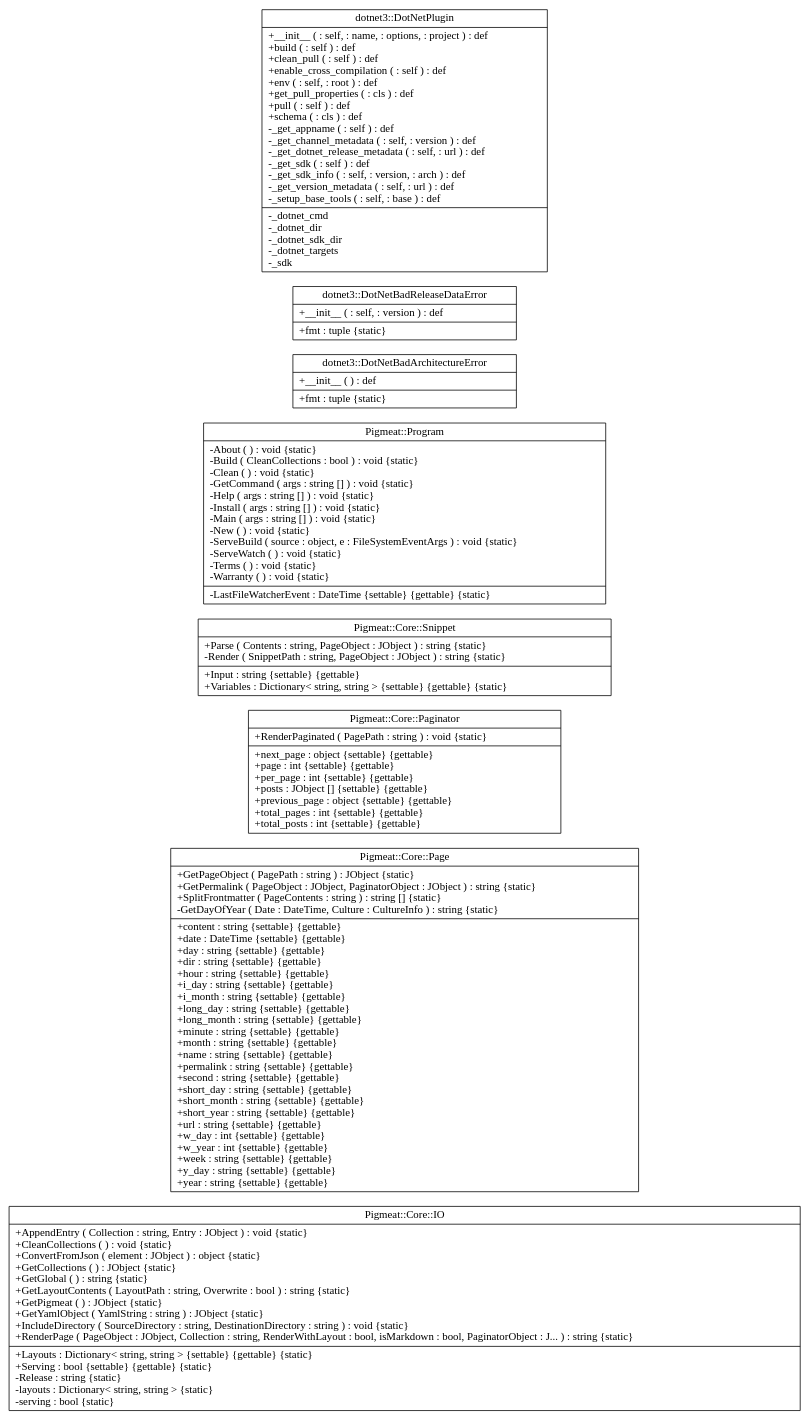
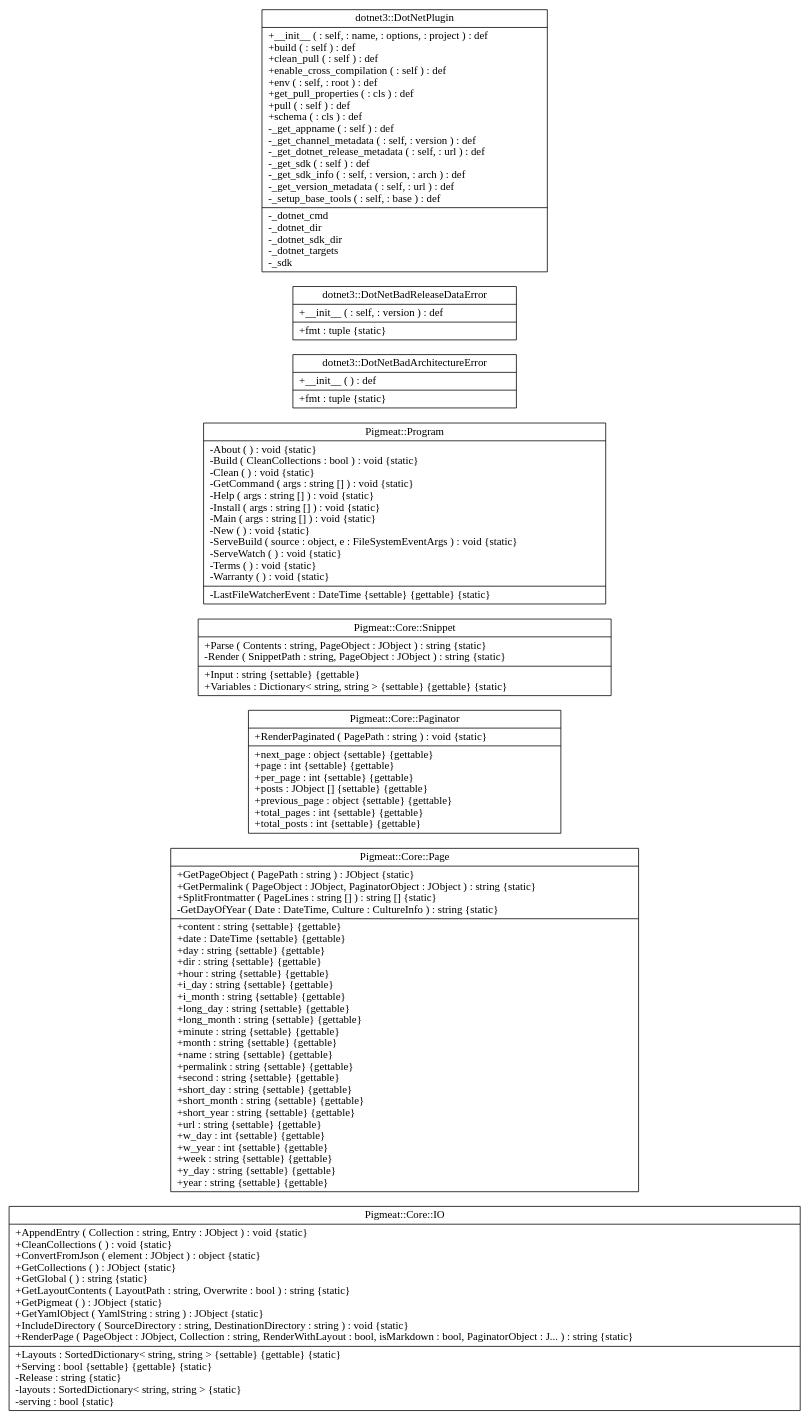
One commit to milovidov983/Pigmeat changed the diagram in diagrams/graph.dot. Above: the diagram before and after it, drawn with Graphviz. The commit also changed 38 other files, not shown here.

```diff
--- a/diagrams/graph.dot
+++ b/diagrams/graph.dot
@@ -1,12 +1,12 @@
 digraph doxygraph
 {
 graph [ rankdir="RL" ]
-"class_pigmeat_1_1_core_1_1_i_o" [ label="Pigmeat::Core::IO\n|+AppendEntry ( Collection : string, Entry : JObject ) : void \{static\}\l+CleanCollections (  ) : void \{static\}\l+ConvertFromJson ( element : JObject ) : object \{static\}\l+GetCollections (  ) : JObject \{static\}\l+GetGlobal (  ) : string \{static\}\l+GetLayoutContents ( LayoutPath : string, Overwrite : bool ) : string \{static\}\l+GetPigmeat (  ) : JObject \{static\}\l+GetYamlObject ( YamlString : string ) : JObject \{static\}\l+IncludeDirectory ( SourceDirectory : string, DestinationDirectory : string ) : void \{static\}\l+RenderPage ( PageObject : JObject, Collection : string, RenderWithLayout : bool, isMarkdown : bool, PaginatorObject : J... ) : string \{static\}\l|+Layouts : Dictionary\< string, string \> \{settable\} \{gettable\} \{static\}\l+Serving : bool \{settable\} \{gettable\} \{static\}\l-Release : string \{static\}\l-layouts : Dictionary\< string, string \> \{static\}\l-serving : bool \{static\}\l" shape="record" ]
-"class_pigmeat_1_1_core_1_1_page" [ label="Pigmeat::Core::Page\n|+GetPageObject ( PagePath : string ) : JObject \{static\}\l+GetPermalink ( PageObject : JObject, PaginatorObject : JObject ) : string \{static\}\l+SplitFrontmatter ( PageContents : string ) : string [] \{static\}\l-GetDayOfYear ( Date : DateTime, Culture : CultureInfo ) : string \{static\}\l|+content : string \{settable\} \{gettable\}\l+date : DateTime \{settable\} \{gettable\}\l+day : string \{settable\} \{gettable\}\l+dir : string \{settable\} \{gettable\}\l+hour : string \{settable\} \{gettable\}\l+i_day : string \{settable\} \{gettable\}\l+i_month : string \{settable\} \{gettable\}\l+long_day : string \{settable\} \{gettable\}\l+long_month : string \{settable\} \{gettable\}\l+minute : string \{settable\} \{gettable\}\l+month : string \{settable\} \{gettable\}\l+name : string \{settable\} \{gettable\}\l+permalink : string \{settable\} \{gettable\}\l+second : string \{settable\} \{gettable\}\l+short_day : string \{settable\} \{gettable\}\l+short_month : string \{settable\} \{gettable\}\l+short_year : string \{settable\} \{gettable\}\l+url : string \{settable\} \{gettable\}\l+w_day : int \{settable\} \{gettable\}\l+w_year : int \{settable\} \{gettable\}\l+week : string \{settable\} \{gettable\}\l+y_day : string \{settable\} \{gettable\}\l+year : string \{settable\} \{gettable\}\l" shape="record" ]
+"class_pigmeat_1_1_core_1_1_i_o" [ label="Pigmeat::Core::IO\n|+AppendEntry ( Collection : string, Entry : JObject ) : void \{static\}\l+CleanCollections (  ) : void \{static\}\l+ConvertFromJson ( element : JObject ) : object \{static\}\l+GetCollections (  ) : JObject \{static\}\l+GetGlobal (  ) : string \{static\}\l+GetLayoutContents ( LayoutPath : string, Overwrite : bool ) : string \{static\}\l+GetPigmeat (  ) : JObject \{static\}\l+GetYamlObject ( YamlString : string ) : JObject \{static\}\l+IncludeDirectory ( SourceDirectory : string, DestinationDirectory : string ) : void \{static\}\l+RenderPage ( PageObject : JObject, Collection : string, RenderWithLayout : bool, isMarkdown : bool, PaginatorObject : J... ) : string \{static\}\l|+Layouts : SortedDictionary\< string, string \> \{settable\} \{gettable\} \{static\}\l+Serving : bool \{settable\} \{gettable\} \{static\}\l-Release : string \{static\}\l-layouts : SortedDictionary\< string, string \> \{static\}\l-serving : bool \{static\}\l" shape="record" ]
+"class_pigmeat_1_1_core_1_1_page" [ label="Pigmeat::Core::Page\n|+GetPageObject ( PagePath : string ) : JObject \{static\}\l+GetPermalink ( PageObject : JObject, PaginatorObject : JObject ) : string \{static\}\l+SplitFrontmatter ( PageLines : string [] ) : string [] \{static\}\l-GetDayOfYear ( Date : DateTime, Culture : CultureInfo ) : string \{static\}\l|+content : string \{settable\} \{gettable\}\l+date : DateTime \{settable\} \{gettable\}\l+day : string \{settable\} \{gettable\}\l+dir : string \{settable\} \{gettable\}\l+hour : string \{settable\} \{gettable\}\l+i_day : string \{settable\} \{gettable\}\l+i_month : string \{settable\} \{gettable\}\l+long_day : string \{settable\} \{gettable\}\l+long_month : string \{settable\} \{gettable\}\l+minute : string \{settable\} \{gettable\}\l+month : string \{settable\} \{gettable\}\l+name : string \{settable\} \{gettable\}\l+permalink : string \{settable\} \{gettable\}\l+second : string \{settable\} \{gettable\}\l+short_day : string \{settable\} \{gettable\}\l+short_month : string \{settable\} \{gettable\}\l+short_year : string \{settable\} \{gettable\}\l+url : string \{settable\} \{gettable\}\l+w_day : int \{settable\} \{gettable\}\l+w_year : int \{settable\} \{gettable\}\l+week : string \{settable\} \{gettable\}\l+y_day : string \{settable\} \{gettable\}\l+year : string \{settable\} \{gettable\}\l" shape="record" ]
 "class_pigmeat_1_1_core_1_1_paginator" [ label="Pigmeat::Core::Paginator\n|+RenderPaginated ( PagePath : string ) : void \{static\}\l|+next_page : object \{settable\} \{gettable\}\l+page : int \{settable\} \{gettable\}\l+per_page : int \{settable\} \{gettable\}\l+posts : JObject [] \{settable\} \{gettable\}\l+previous_page : object \{settable\} \{gettable\}\l+total_pages : int \{settable\} \{gettable\}\l+total_posts : int \{settable\} \{gettable\}\l" shape="record" ]
 "class_pigmeat_1_1_core_1_1_snippet" [ label="Pigmeat::Core::Snippet\n|+Parse ( Contents : string, PageObject : JObject ) : string \{static\}\l-Render ( SnippetPath : string, PageObject : JObject ) : string \{static\}\l|+Input : string \{settable\} \{gettable\}\l+Variables : Dictionary\< string, string \> \{settable\} \{gettable\} \{static\}\l" shape="record" ]
 "class_pigmeat_1_1_program" [ label="Pigmeat::Program\n|-About (  ) : void \{static\}\l-Build ( CleanCollections : bool ) : void \{static\}\l-Clean (  ) : void \{static\}\l-GetCommand ( args : string [] ) : void \{static\}\l-Help ( args : string [] ) : void \{static\}\l-Install ( args : string [] ) : void \{static\}\l-Main ( args : string [] ) : void \{static\}\l-New (  ) : void \{static\}\l-ServeBuild ( source : object, e : FileSystemEventArgs ) : void \{static\}\l-ServeWatch (  ) : void \{static\}\l-Terms (  ) : void \{static\}\l-Warranty (  ) : void \{static\}\l|-LastFileWatcherEvent : DateTime \{settable\} \{gettable\} \{static\}\l" shape="record" ]
 "classdotnet3_1_1_dot_net_bad_architecture_error" [ label="dotnet3::DotNetBadArchitectureError\n|+__init__ (  ) : def\l|+fmt : tuple \{static\}\l" shape="record" ]
 "classdotnet3_1_1_dot_net_bad_release_data_error" [ label="dotnet3::DotNetBadReleaseDataError\n|+__init__ (  : self,  : version ) : def\l|+fmt : tuple \{static\}\l" shape="record" ]
 "classdotnet3_1_1_dot_net_plugin" [ label="dotnet3::DotNetPlugin\n|+__init__ (  : self,  : name,  : options,  : project ) : def\l+build (  : self ) : def\l+clean_pull (  : self ) : def\l+enable_cross_compilation (  : self ) : def\l+env (  : self,  : root ) : def\l+get_pull_properties (  : cls ) : def\l+pull (  : self ) : def\l+schema (  : cls ) : def\l-_get_appname (  : self ) : def\l-_get_channel_metadata (  : self,  : version ) : def\l-_get_dotnet_release_metadata (  : self,  : url ) : def\l-_get_sdk (  : self ) : def\l-_get_sdk_info (  : self,  : version,  : arch ) : def\l-_get_version_metadata (  : self,  : url ) : def\l-_setup_base_tools (  : self,  : base ) : def\l|-_dotnet_cmd\l-_dotnet_dir\l-_dotnet_sdk_dir\l-_dotnet_targets\l-_sdk\l" shape="record" ]
 }
```
